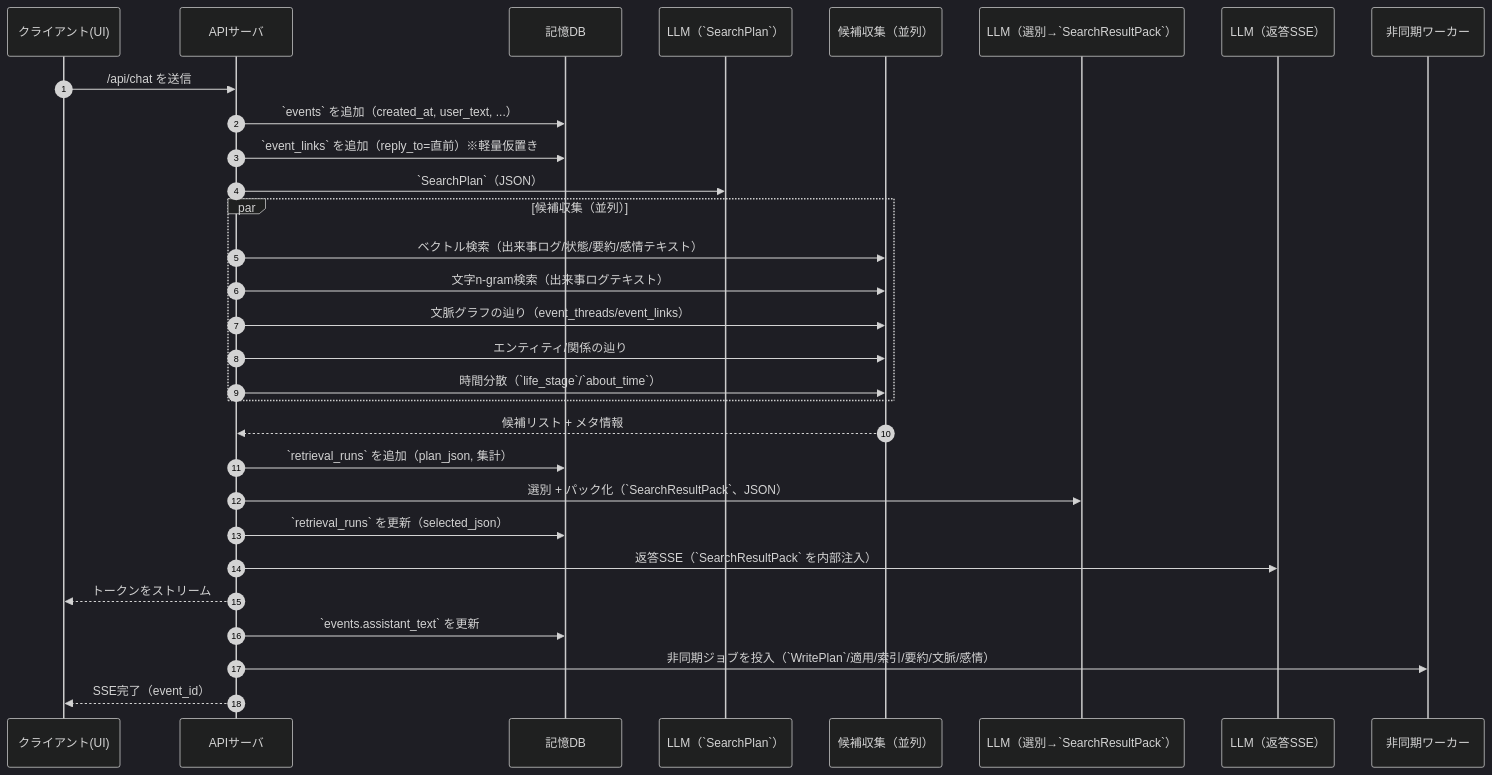
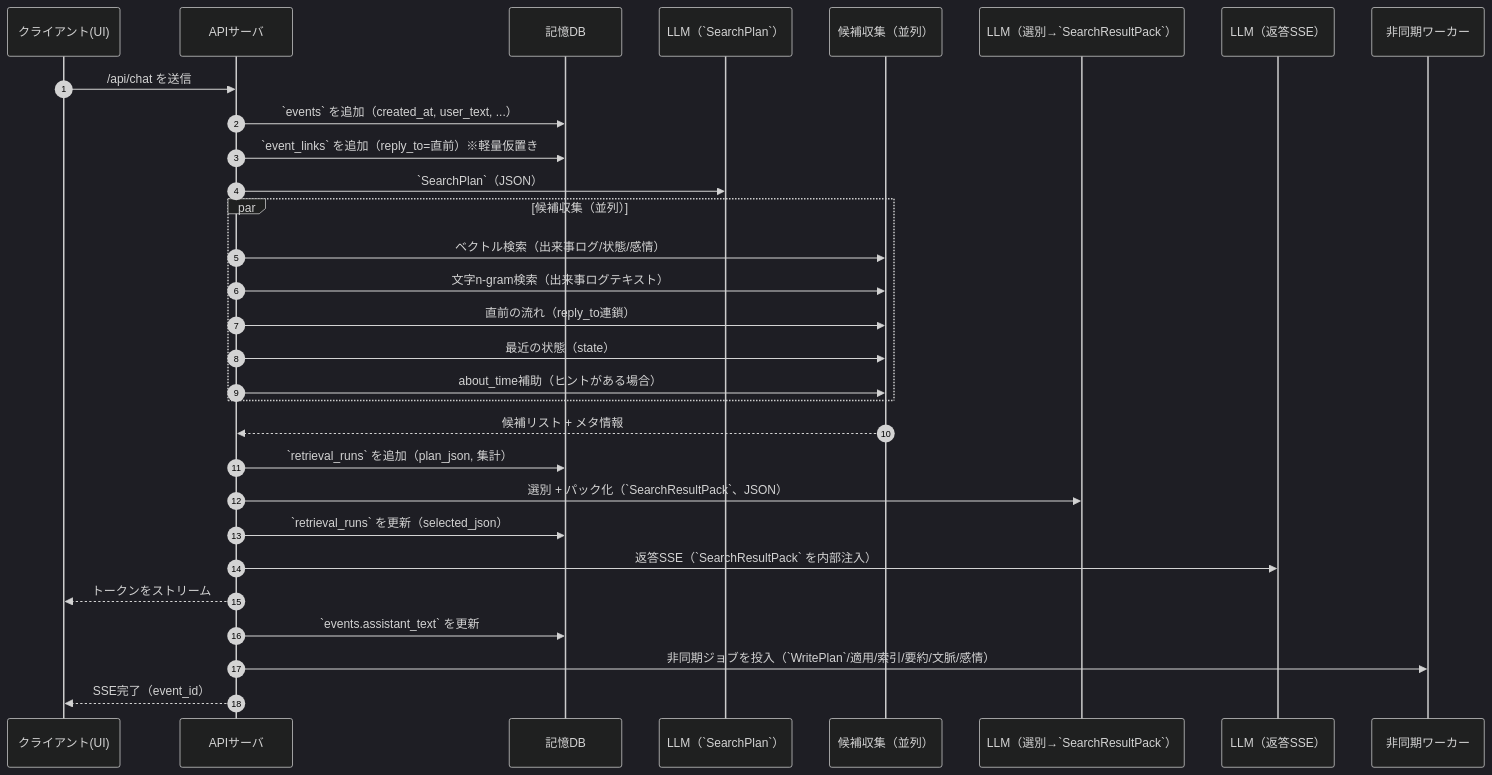
One commit to hirona98/CocoroGhost changed the diagram in docs/10_実行フロー.md. Above: the diagram before and after it, drawn with Mermaid (dark theme). The commit also changed 26 other files, not shown here.

````diff
--- a/docs/10_実行フロー.md
+++ b/docs/10_実行フロー.md
@@ -20,33 +20,33 @@
 ```mermaid
 sequenceDiagram
   autonumber
   participant UI as クライアント(UI)
   participant API as APIサーバ
   participant DB as 記憶DB
   participant L1 as LLM（`SearchPlan`）
   participant G as 候補収集（並列）
   participant L2 as LLM（選別→`SearchResultPack`）
   participant L3 as LLM（返答SSE）
   participant W as 非同期ワーカー
 
   UI->>API: /api/chat を送信
   API->>DB: `events` を追加（created_at, user_text, ...）
   API->>DB: `event_links` を追加（reply_to=直前）※軽量仮置き
   API->>L1: `SearchPlan`（JSON）
   par 候補収集（並列）
-    API->>G: ベクトル検索（出来事ログ/状態/要約/感情テキスト）
+    API->>G: ベクトル検索（出来事ログ/状態/感情）
     API->>G: 文字n-gram検索（出来事ログテキスト）
-    API->>G: 文脈グラフの辿り（event_threads/event_links）
-    API->>G: エンティティ/関係の辿り
-    API->>G: 時間分散（`life_stage`/`about_time`）
+    API->>G: 直前の流れ（reply_to連鎖）
+    API->>G: 最近の状態（state）
+    API->>G: about_time補助（ヒントがある場合）
   end
   G-->>API: 候補リスト + メタ情報
   API->>DB: `retrieval_runs` を追加（plan_json, 集計）
   API->>L2: 選別 + パック化（`SearchResultPack`、JSON）
   API->>DB: `retrieval_runs` を更新（selected_json）
   API->>L3: 返答SSE（`SearchResultPack` を内部注入）
   API-->>UI: トークンをストリーム
   API->>DB: `events.assistant_text` を更新
   API->>W: 非同期ジョブを投入（`WritePlan`/適用/索引/要約/文脈/感情）
   API-->>UI: SSE完了（event_id）
 ```
````
